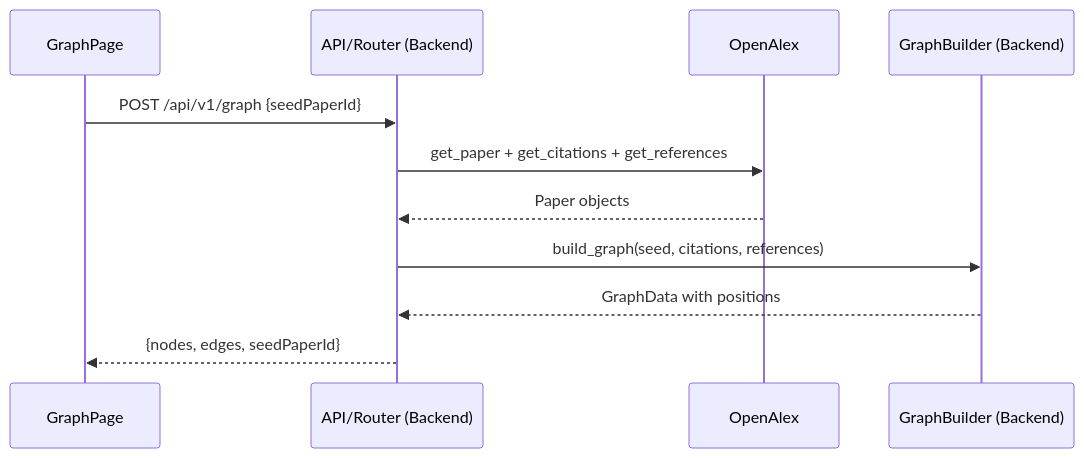
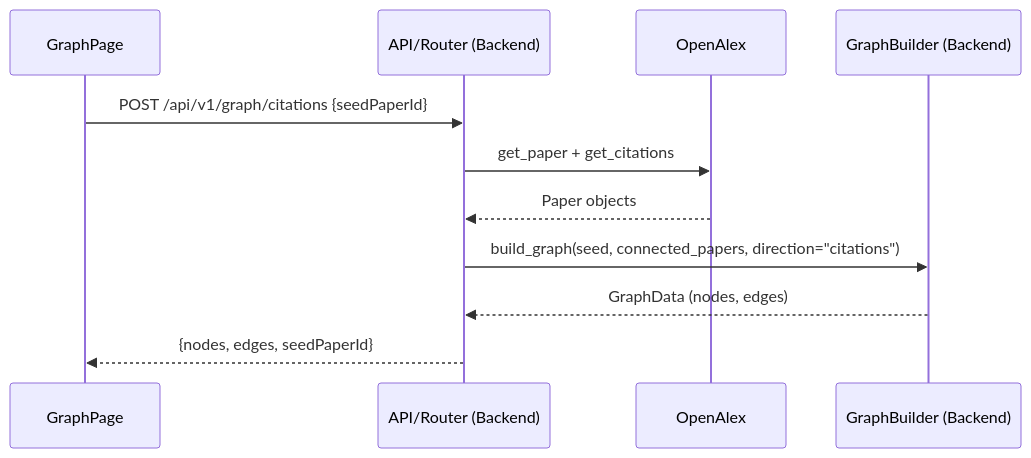
Before and after one commit to LDY1998/connect.ai: the diagram in plan/phase2/backend.md, drawn with Mermaid. The commit also changed other lines of this file and 7 other files, not shown here.

First line of the commit message:
feat(graph): Add graph data models, builder service, and API endpoints

````diff
--- a/plan/phase2/backend.md
+++ b/plan/phase2/backend.md
@@ -76,14 +66,14 @@
 ```mermaid
 sequenceDiagram
     participant GraphPage
     participant Router as API/Router (Backend)
     participant OpenAlex
     participant GraphBuilder as GraphBuilder (Backend)
 
-    GraphPage->>Router: POST /api/v1/graph {seedPaperId}
-    Router->>OpenAlex: get_paper + get_citations + get_references
+    GraphPage->>Router: POST /api/v1/graph/citations {seedPaperId}
+    Router->>OpenAlex: get_paper + get_citations
     OpenAlex-->>Router: Paper objects
-    Router->>GraphBuilder: build_graph(seed, citations, references)
-    GraphBuilder-->>Router: GraphData with positions
+    Router->>GraphBuilder: build_graph(seed, connected_papers, direction="citations")
+    GraphBuilder-->>Router: GraphData (nodes, edges)
     Router-->>GraphPage: {nodes, edges, seedPaperId}
 ```
````
